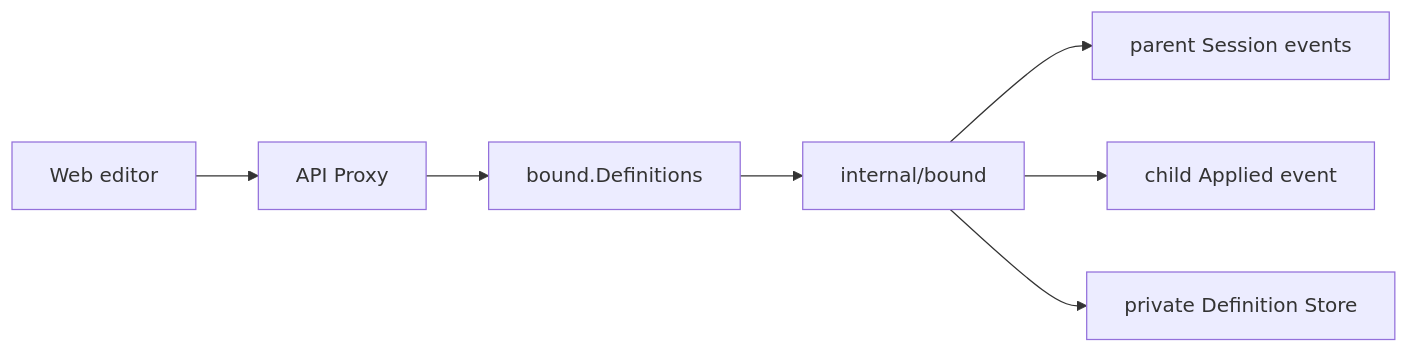
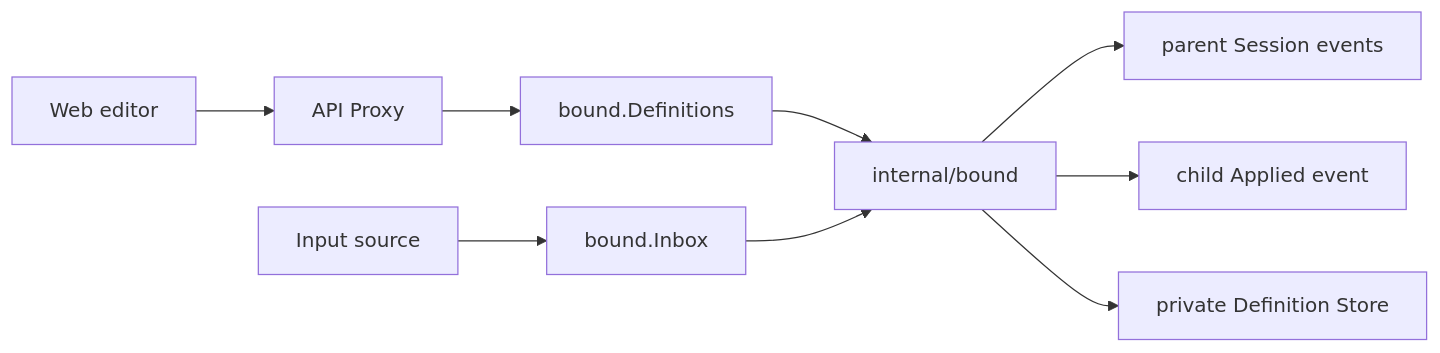
One commit to gorenx/goren changed the diagram in subagent/bound/README.zh-CN.md. Above: the diagram before and after it, drawn with Mermaid. The commit also changed other lines of this file and 9 other files, not shown here.

Commit message:
docs(bound): document inbox and turn relay ownership

````diff
--- a/subagent/bound/README.zh-CN.md
+++ b/subagent/bound/README.zh-CN.md
@@ -15,9 +18,11 @@
 ```mermaid
 flowchart LR
     Web[Web editor] --> API[API Proxy]
     API --> Definitions[bound.Definitions]
     Definitions --> Runtime[internal/bound]
+    Source[Input source] --> Inbox[bound.Inbox]
+    Inbox --> Runtime
     Runtime --> Parent[parent Session events]
     Runtime --> Child[child Applied event]
     Runtime --> Store[private Definition Store]
 ```
````
